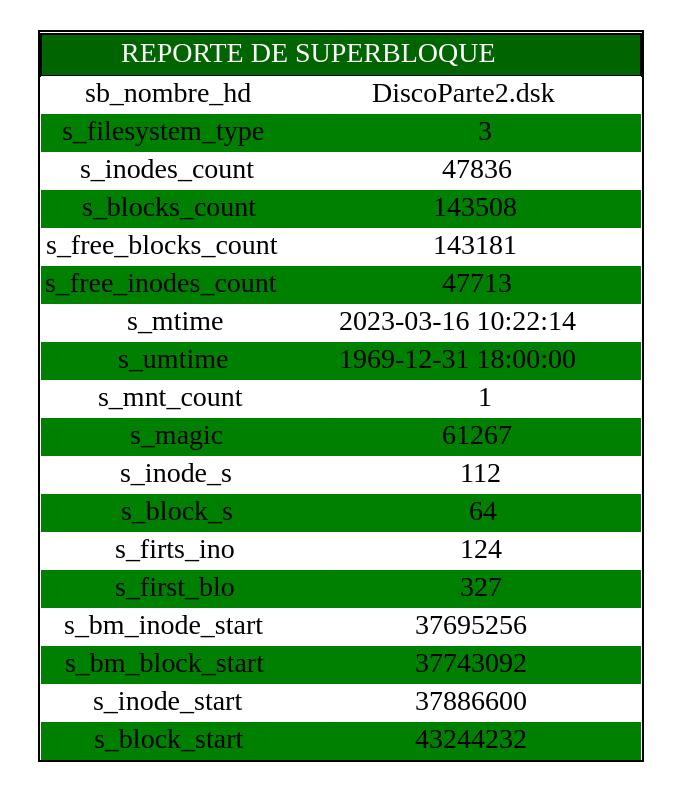
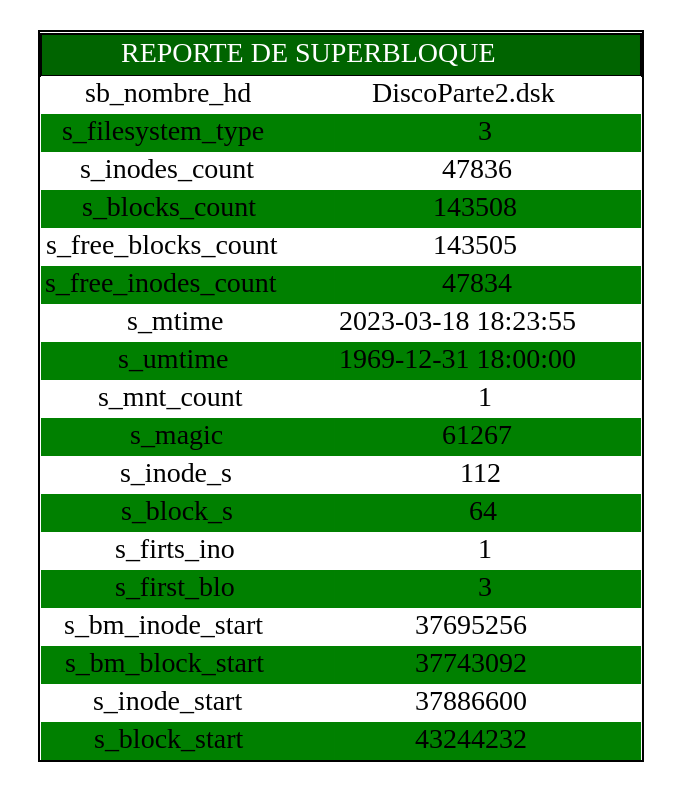
The diagram in Proyecto/cmake-build-debug/superbloque.dot (diegomazariegos2002/_MIA1S2023_PROYECTO1), drawn with Graphviz before and after one commit. The commit also changed 19 other files, not shown here.

```diff
--- a/Proyecto/cmake-build-debug/superbloque.dot
+++ b/Proyecto/cmake-build-debug/superbloque.dot
@@ -1,3 +1,3 @@
 digraph G {
 node[shape=none]
-start[label=<<table CELLSPACING="0"><tr><td colspan="2" bgcolor="darkgreen"><font color="white">REPORTE DE SUPERBLOQUE</font></td></tr><tr><td bgcolor="white" border="0">sb_nombre_hd</td><td bgcolor="white" border="0">DiscoParte2.dsk</td>)</tr><tr><td bgcolor="green" border="0">s_filesystem_type</td><td bgcolor="green" border="0">3</td>)</tr><tr><td bgcolor="white" border="0">s_inodes_count</td><td bgcolor="white" border="0">47836</td>)</tr><tr><td bgcolor="green" border="0">s_blocks_count</td><td bgcolor="green" border="0">143508</td>)</tr><tr><td bgcolor="white" border="0">s_free_blocks_count</td><td bgcolor="white" border="0">143181</td>)</tr><tr><td bgcolor="green" border="0">s_free_inodes_count</td><td bgcolor="green" border="0">47713</td>)</tr><tr><td bgcolor="white" border="0">s_mtime</td><td bgcolor="white" border="0">2023-03-16 10:22:14</td>)</tr><tr><td bgcolor="green" border="0">s_umtime</td><td bgcolor="green" border="0">1969-12-31 18:00:00</td>)</tr><tr><td bgcolor="white" border="0">s_mnt_count</td><td bgcolor="white" border="0">1</td>)</tr><tr><td bgcolor="green" border="0">s_magic</td><td bgcolor="green" border="0">61267</td>)</tr><tr><td bgcolor="white" border="0">s_inode_s</td><td bgcolor="white" border="0">112</td>)</tr><tr><td bgcolor="green" border="0">s_block_s</td><td bgcolor="green" border="0">64</td>)</tr><tr><td bgcolor="white" border="0">s_firts_ino</td><td bgcolor="white" border="0">124</td>)</tr><tr><td bgcolor="green" border="0">s_first_blo</td><td bgcolor="green" border="0">327</td>)</tr><tr><td bgcolor="white" border="0">s_bm_inode_start</td><td bgcolor="white" border="0">37695256</td>)</tr><tr><td bgcolor="green" border="0">s_bm_block_start</td><td bgcolor="green" border="0">37743092</td>)</tr><tr><td bgcolor="white" border="0">s_inode_start</td><td bgcolor="white" border="0">37886600</td>)</tr><tr><td bgcolor="green" border="0">s_block_start</td><td bgcolor="green" border="0">43244232</td>)</tr></table>>];}
+start[label=<<table CELLSPACING="0"><tr><td colspan="2" bgcolor="darkgreen"><font color="white">REPORTE DE SUPERBLOQUE</font></td></tr><tr><td bgcolor="white" border="0">sb_nombre_hd</td><td bgcolor="white" border="0">DiscoParte2.dsk</td>)</tr><tr><td bgcolor="green" border="0">s_filesystem_type</td><td bgcolor="green" border="0">3</td>)</tr><tr><td bgcolor="white" border="0">s_inodes_count</td><td bgcolor="white" border="0">47836</td>)</tr><tr><td bgcolor="green" border="0">s_blocks_count</td><td bgcolor="green" border="0">143508</td>)</tr><tr><td bgcolor="white" border="0">s_free_blocks_count</td><td bgcolor="white" border="0">143505</td>)</tr><tr><td bgcolor="green" border="0">s_free_inodes_count</td><td bgcolor="green" border="0">47834</td>)</tr><tr><td bgcolor="white" border="0">s_mtime</td><td bgcolor="white" border="0">2023-03-18 18:23:55</td>)</tr><tr><td bgcolor="green" border="0">s_umtime</td><td bgcolor="green" border="0">1969-12-31 18:00:00</td>)</tr><tr><td bgcolor="white" border="0">s_mnt_count</td><td bgcolor="white" border="0">1</td>)</tr><tr><td bgcolor="green" border="0">s_magic</td><td bgcolor="green" border="0">61267</td>)</tr><tr><td bgcolor="white" border="0">s_inode_s</td><td bgcolor="white" border="0">112</td>)</tr><tr><td bgcolor="green" border="0">s_block_s</td><td bgcolor="green" border="0">64</td>)</tr><tr><td bgcolor="white" border="0">s_firts_ino</td><td bgcolor="white" border="0">1</td>)</tr><tr><td bgcolor="green" border="0">s_first_blo</td><td bgcolor="green" border="0">3</td>)</tr><tr><td bgcolor="white" border="0">s_bm_inode_start</td><td bgcolor="white" border="0">37695256</td>)</tr><tr><td bgcolor="green" border="0">s_bm_block_start</td><td bgcolor="green" border="0">37743092</td>)</tr><tr><td bgcolor="white" border="0">s_inode_start</td><td bgcolor="white" border="0">37886600</td>)</tr><tr><td bgcolor="green" border="0">s_block_start</td><td bgcolor="green" border="0">43244232</td>)</tr></table>>];}
```
